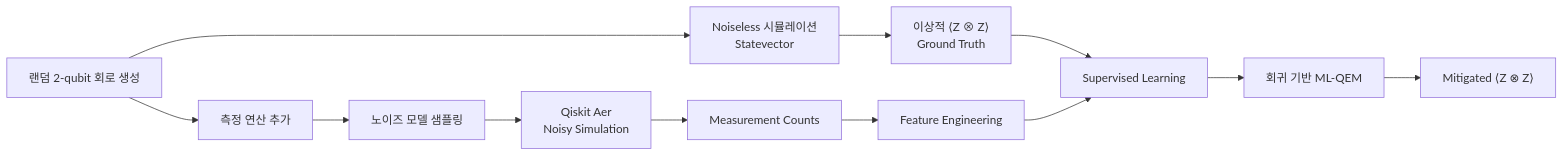
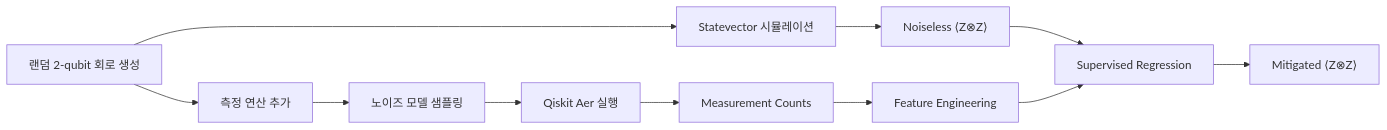
Before and after one commit to solmingming/Qubit_research: the first of 2 diagrams in Readme.MD, drawn with Mermaid. The commit also changed other lines of this file, not shown here.

````diff
--- a/Readme.MD
+++ b/Readme.MD
@@ -75,16 +81,16 @@
 ```mermaid
 flowchart LR
-    A[랜덤 2-qubit 회로 생성] --> B[Noiseless 시뮬레이션<br/>Statevector]
-    B --> C[이상적 ⟨Z ⊗ Z⟩<br/>Ground Truth]
+    A[랜덤 2-qubit 회로 생성] --> B[Statevector 시뮬레이션]
+    B --> C[Noiseless ⟨Z⊗Z⟩]
 
     A --> D[측정 연산 추가]
     D --> E[노이즈 모델 샘플링]
-    E --> F[Qiskit Aer<br/>Noisy Simulation]
+    E --> F[Qiskit Aer 실행]
     F --> G[Measurement Counts]
 
     G --> H[Feature Engineering]
-    C --> I[Supervised Learning]
+    C --> I[Supervised Regression]
     H --> I
-    I --> J[회귀 기반 ML-QEM]
-    J --> K[Mitigated ⟨Z ⊗ Z⟩]
+    I --> J[Mitigated ⟨Z⊗Z⟩]
+
 ```
````
